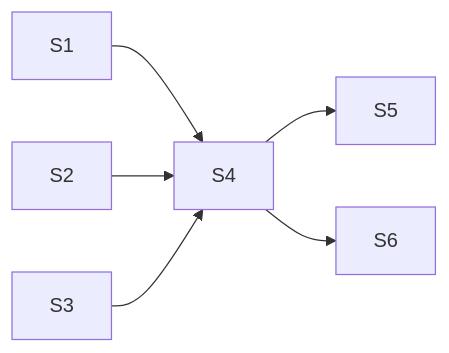
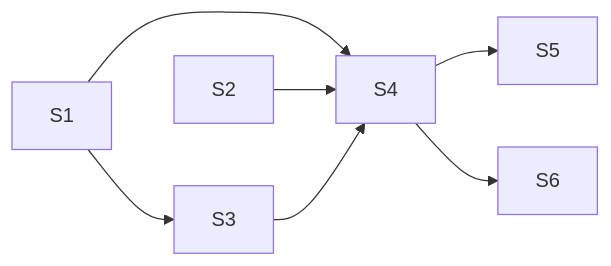
One commit to DvirMon/ng-table changed the diagram in libs/table/docs/3-ui/work/keyboard/active/treegrid-keyboard-model/tasks/issue-236/progress.md. Above: the diagram before and after it, drawn with Mermaid. The commit also changed other lines of this file and 4 other files, not shown here.

````diff
--- a/libs/table/docs/3-ui/work/keyboard/active/treegrid-keyboard-model/tasks/issue-236/progress.md
+++ b/libs/table/docs/3-ui/work/keyboard/active/treegrid-keyboard-model/tasks/issue-236/progress.md
@@ -5,8 +5,9 @@
 ```mermaid
 graph LR
+  S1 --> S3
   S1 --> S4
   S2 --> S4
   S3 --> S4
   S4 --> S5
   S4 --> S6
 ```
````
